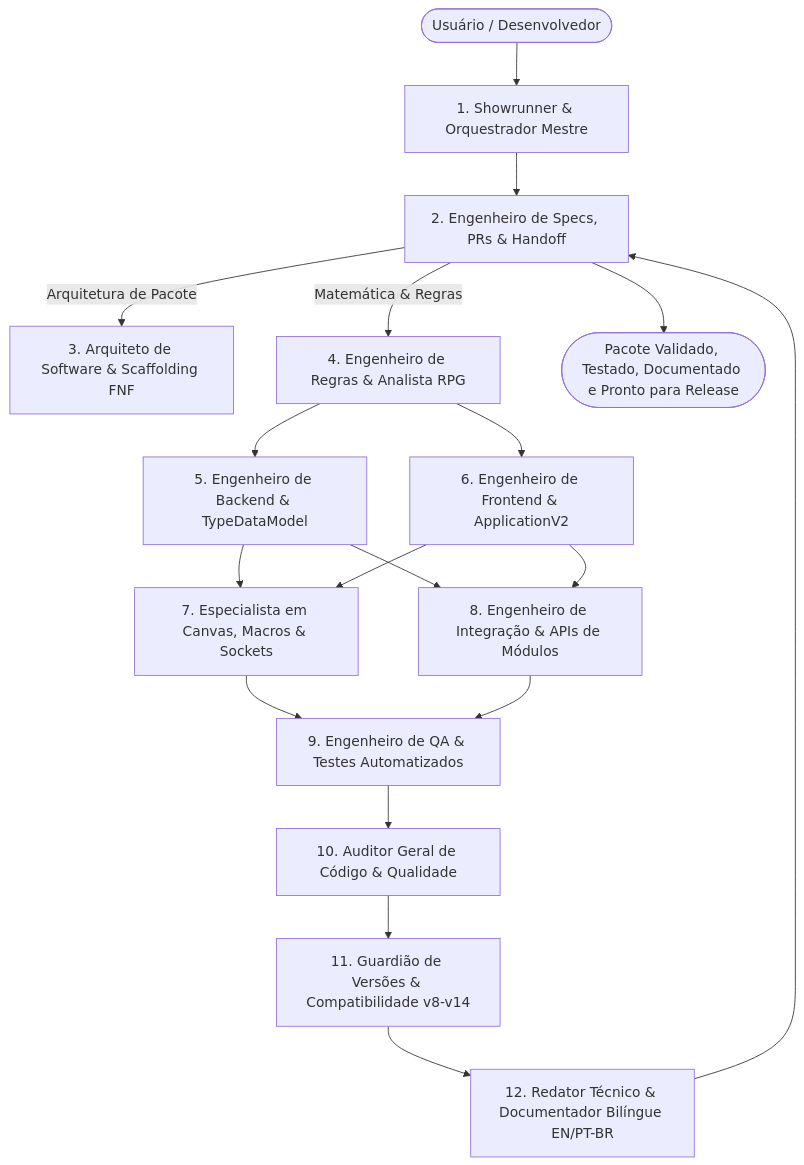
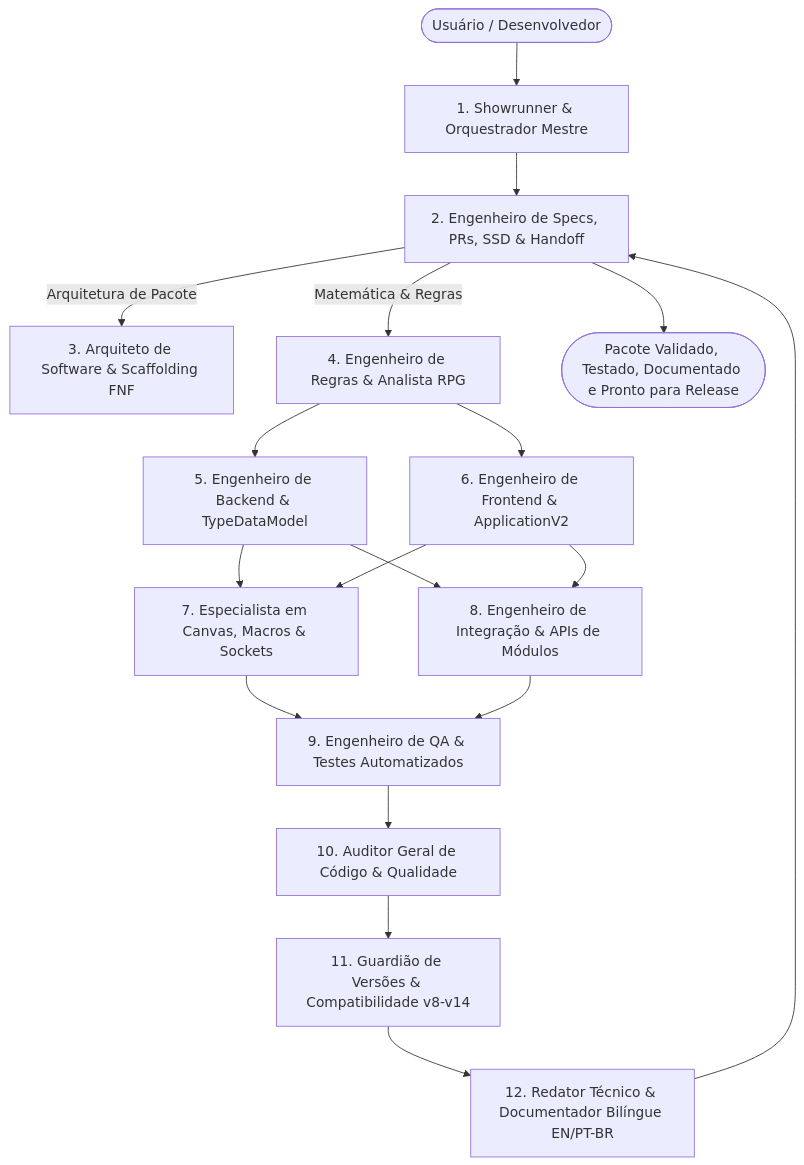
The diagram in master-of-foundryvtt/references/arquitetura-subagentes-foundry.md (CharlesCorreaDev/skills-ai), drawn with Mermaid before and after one commit. The commit also changed other lines of this file and 21 other files, not shown here.

Commit message:
feat(skills): padroniza subagente de Specs, PRs, SSD e Handoff e instalacao obrigatoria de noobygains/godmode em 13 skills

````diff
--- a/master-of-foundryvtt/references/arquitetura-subagentes-foundry.md
+++ b/master-of-foundryvtt/references/arquitetura-subagentes-foundry.md
@@ -10,28 +10,28 @@
 ```mermaid
 flowchart TD
     User([Usuário / Desenvolvedor]) --> Showrunner[1. Showrunner & Orquestrador Mestre]
     
-    Showrunner --> SpecHandoff[2. Engenheiro de Specs, PRs & Handoff]
+    Showrunner --> SpecHandoff[2. Engenheiro de Specs, PRs, SSD & Handoff]
     
     SpecHandoff -->|Arquitetura de Pacote| Scaffolder[3. Arquiteto de Software & Scaffolding FNF]
     SpecHandoff -->|Matemática & Regras| RuleEngineer[4. Engenheiro de Regras & Analista RPG]
     
     RuleEngineer --> BackendDev[5. Engenheiro de Backend & TypeDataModel]
     RuleEngineer --> FrontendDev[6. Engenheiro de Frontend & ApplicationV2]
     
     BackendDev --> CanvasDev[7. Especialista em Canvas, Macros & Sockets]
     FrontendDev --> CanvasDev
     
     BackendDev & FrontendDev --> ApiIntegrator[8. Engenheiro de Integração & APIs de Módulos]
     
     CanvasDev & ApiIntegrator --> QAEvaluator[9. Engenheiro de QA & Testes Automatizados]
     
     QAEvaluator --> CodeReviewer[10. Auditor Geral de Código & Qualidade]
     
     CodeReviewer --> VersionGatekeeper[11. Guardião de Versões & Compatibilidade v8-v14]
     
     VersionGatekeeper --> TechnicalWriter[12. Redator Técnico & Documentador Bilíngue EN/PT-BR]
     
     TechnicalWriter --> SpecHandoff
     SpecHandoff --> OutputFinal([Pacote Validado, Testado, Documentado e Pronto para Release])
 ```
````
